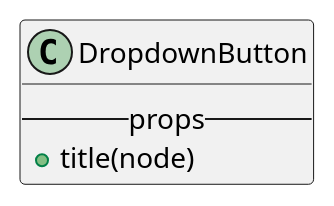
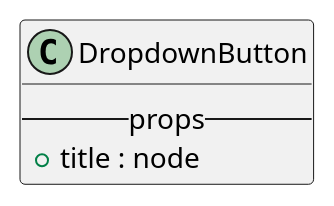
Before and after one commit to M9k/Marvin-Uml: the diagram in react/bootstrap/dropdownbutton.iuml, drawn with PlantUML. The commit also changed 10 other files, not shown here.

Commit message:
fix uml standard parte bootstrap

```diff
--- a/react/bootstrap/dropdownbutton.iuml
+++ b/react/bootstrap/dropdownbutton.iuml
@@ -1,4 +1,4 @@
 class DropdownButton{
     --props--
-        + title(node)
+        + title : node
 }
```
